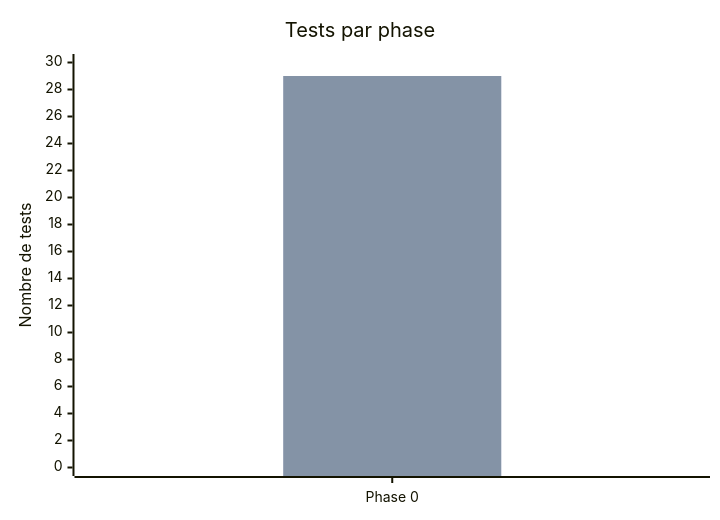
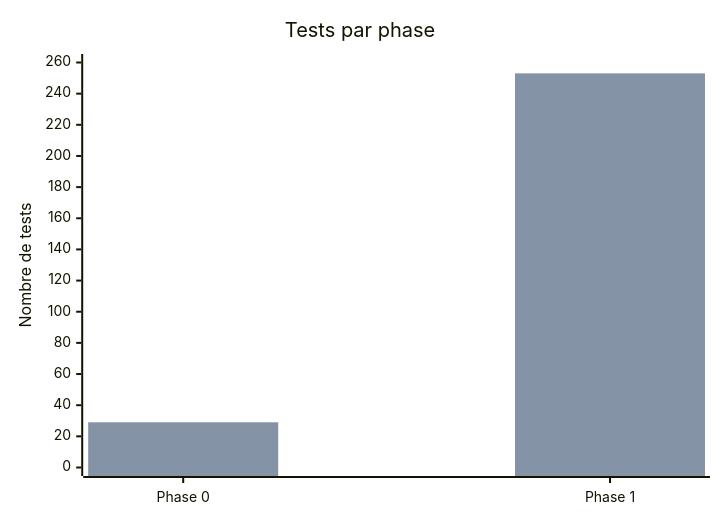
The fifth of 5 diagrams in docs/reports/TABLEAU-DE-BORD.md (lyon32/lyonpanel), drawn with Mermaid before and after one commit. The commit also changed other lines of this file and 12 other files, not shown here.

````diff
--- a/docs/reports/TABLEAU-DE-BORD.md
+++ b/docs/reports/TABLEAU-DE-BORD.md
@@ -112,8 +123,8 @@
 ```mermaid
 xychart-beta
   title "Tests par phase"
-  x-axis ["Phase 0"]
-  y-axis "Nombre de tests" 0 --> 30
-  bar [29]
-  bar [29]
+  x-axis ["Phase 0", "Phase 1"]
+  y-axis "Nombre de tests" 0 --> 260
+  bar [29, 253]
+  bar [29, 253]
 ```
````
